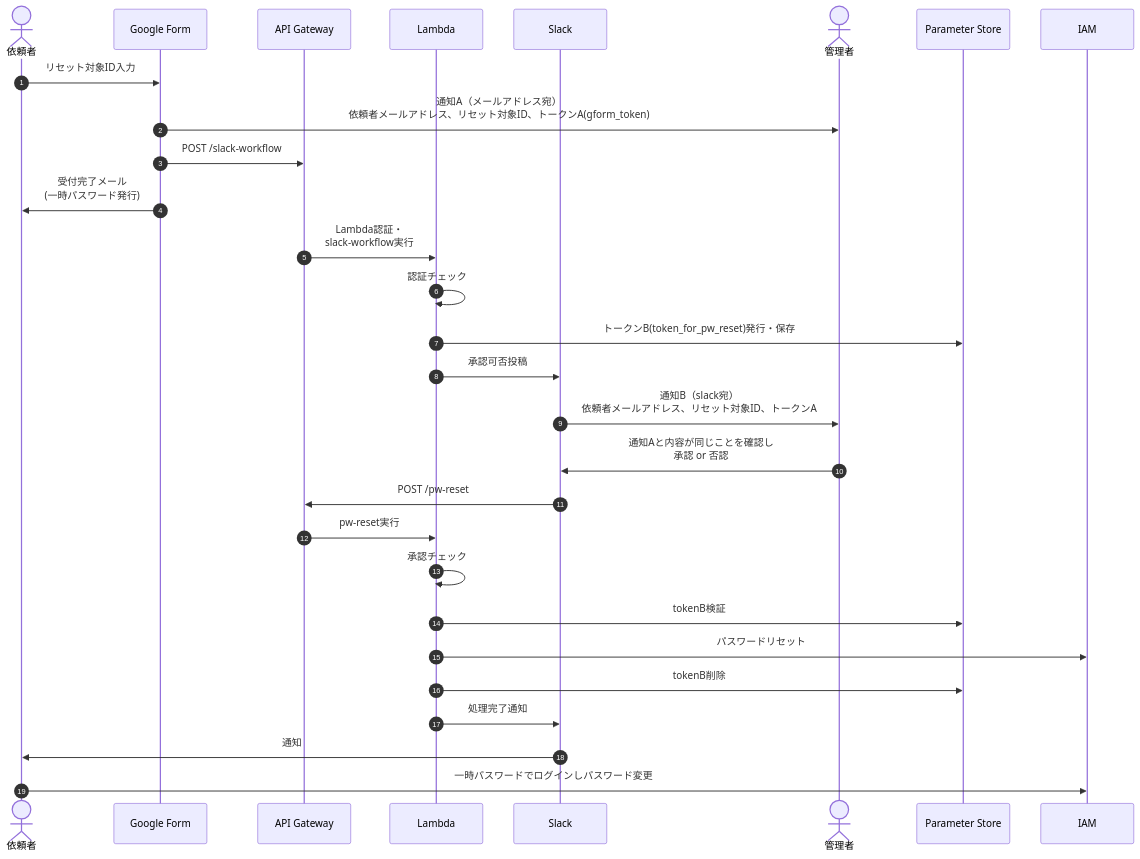
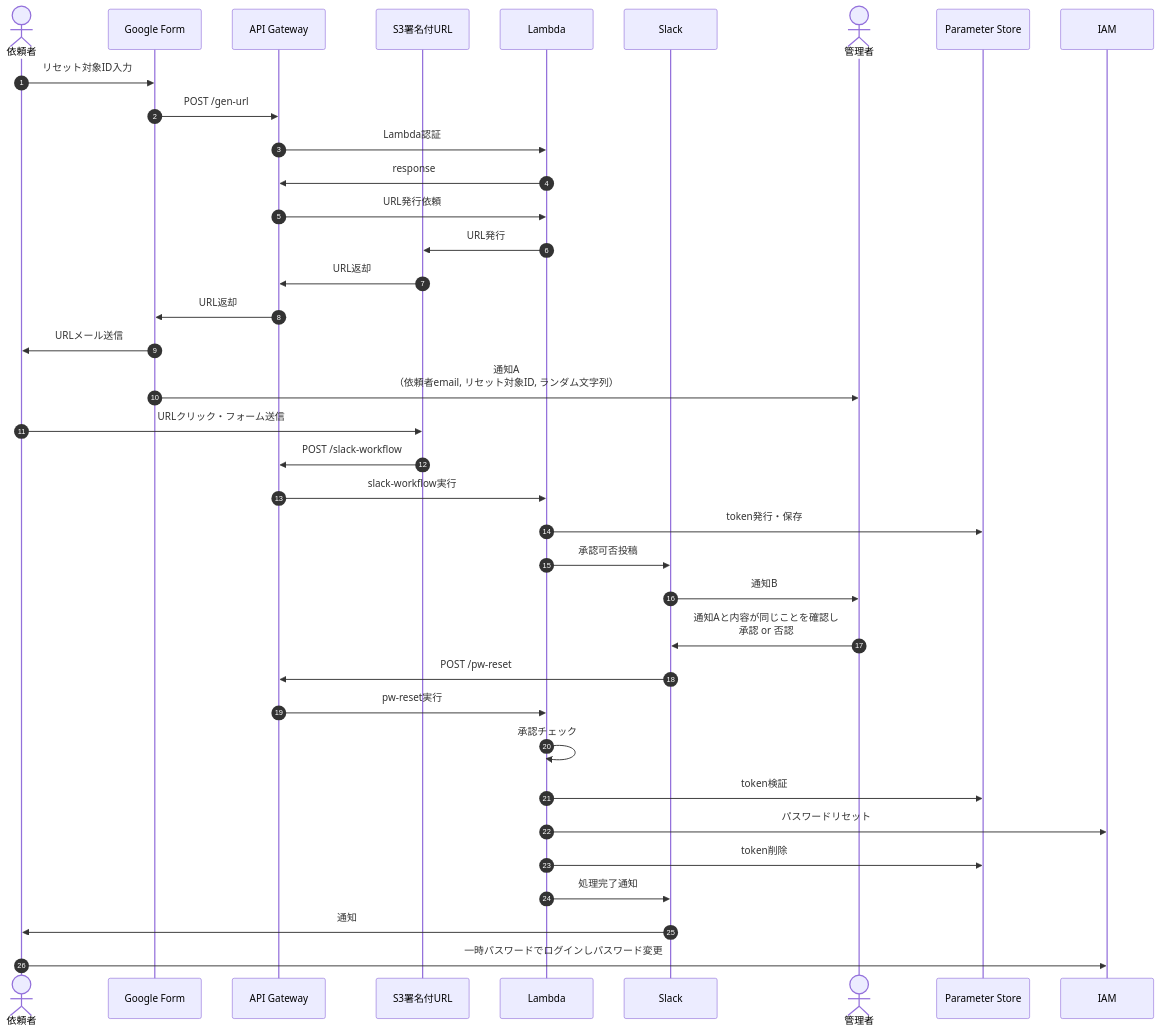
The diagram in README.md (hige-dev/pw-reset), drawn with Mermaid before and after one commit. The commit also changed 1 other file, not shown here.

````diff
--- a/README.md
+++ b/README.md
@@ -66,31 +66,39 @@
 ```mermaid
 sequenceDiagram
   autonumber
   actor line_2 as 依頼者
   participant line_1 as Google Form
   participant line_3 as API Gateway
+  participant line_4 as S3署名付URL
   participant line_5 as Lambda
   participant line_6 as Slack
   actor line_7 as 管理者
   participant line_11 as Parameter Store
   participant line_10 as IAM
   line_2 ->> line_1: リセット対象ID入力
-  line_1 ->> line_7: 通知A（メールアドレス宛）<br>依頼者メールアドレス、リセット対象ID、トークンA(gform_token)
-  line_1 ->> line_3: POST /slack-workflow
-  line_1 ->> line_2: 受付完了メール<br>(一時パスワード発行)
-  line_3 ->> line_5: Lambda認証・<br>slack-workflow実行
-  line_5 ->> line_5: 認証チェック
-  line_5 ->> line_11: トークンB(token_for_pw_reset)発行・保存
+  line_1 ->> line_3: POST /gen-url
+  line_3 ->> line_5: Lambda認証
+  line_5 ->> line_3: response
+  line_3 ->> line_5: URL発行依頼
+  line_5 ->> line_4: URL発行
+  line_4 ->> line_3: URL返却
+  line_3 ->> line_1: URL返却
+  line_1 ->> line_2: URLメール送信
+  line_1 ->> line_7: 通知A<br>（依頼者email, リセット対象ID, ランダム文字列）
+  line_2 ->> line_4: URLクリック・フォーム送信
+  line_4 ->> line_3: POST /slack-workflow
+  line_3 ->> line_5: slack-workflow実行
+  line_5 ->> line_11: token発行・保存
   line_5 ->> line_6: 承認可否投稿
-  line_6 ->> line_7: 通知B（slack宛）<br>依頼者メールアドレス、リセット対象ID、トークンA
+  line_6 ->> line_7: 通知B
   line_7 ->> line_6: 通知Aと内容が同じことを確認し<br>承認 or 否認
   line_6 ->> line_3: POST /pw-reset
   line_3 ->> line_5: pw-reset実行
   line_5 ->> line_5: 承認チェック
-  line_5 ->> line_11: tokenB検証
+  line_5 ->> line_11: token検証
   line_5 ->> line_10: パスワードリセット
-  line_5 ->> line_11: tokenB削除
+  line_5 ->> line_11: token削除
   line_5 ->> line_6: 処理完了通知
   line_6 ->> line_2: 通知
   line_2 ->> line_10: 一時パスワードでログインしパスワード変更
 ```
````
